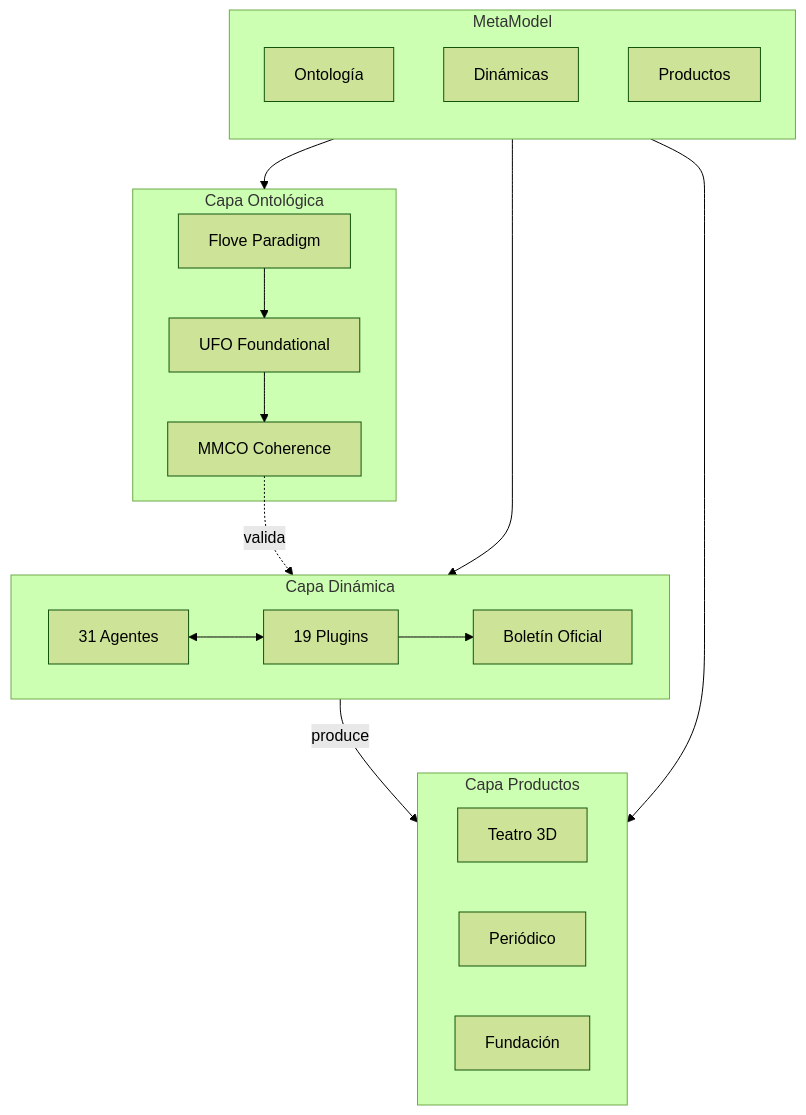
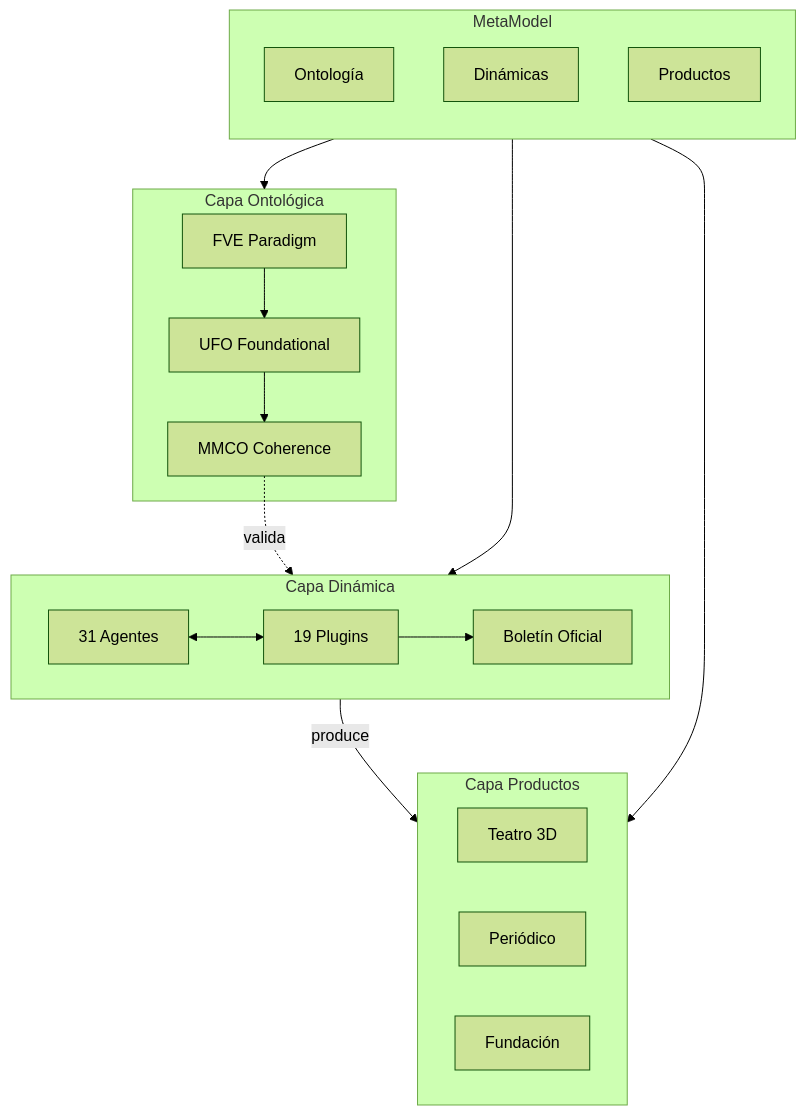
Before and after one commit to escrivivir-co/aleph-scriptorium: the diagram in ARCHIVO/DISCO/BACKLOG_BORRADORES/NEW_GH_PAGES_INDEX/01_backlog-borrador.md, drawn with Mermaid (forest theme). The commit also changed other lines of this file and 75 other files, not shown here.

````diff
--- a/ARCHIVO/DISCO/BACKLOG_BORRADORES/NEW_GH_PAGES_INDEX/01_backlog-borrador.md
+++ b/ARCHIVO/DISCO/BACKLOG_BORRADORES/NEW_GH_PAGES_INDEX/01_backlog-borrador.md
@@ -120,37 +120,37 @@
 ```mermaid
 graph TB
     subgraph META["MetaModel"]
         direction TB
         O[Ontología]
         D[Dinámicas]
         P[Productos]
     end
     
     subgraph ONTO["Capa Ontológica"]
-        FLOVE[Flove Paradigm]
+        FLOVE[FVE Paradigm]
         UFO[UFO Foundational]
         MMCO[MMCO Coherence]
         FLOVE --> UFO --> MMCO
     end
     
     subgraph DYN["Capa Dinámica"]
         AGENTS[31 Agentes]
         PLUGINS[19 Plugins]
         BOE[Boletín Oficial]
         AGENTS <--> PLUGINS
         PLUGINS --> BOE
     end
     
     subgraph PROD["Capa Productos"]
         TEATRO[Teatro 3D]
         PERIODICO[Periódico]
         FUNDACION[Fundación]
     end
     
     O --> ONTO
     D --> DYN
     P --> PROD
     
     MMCO -.->|valida| DYN
     DYN -->|produce| PROD
 ```
````
